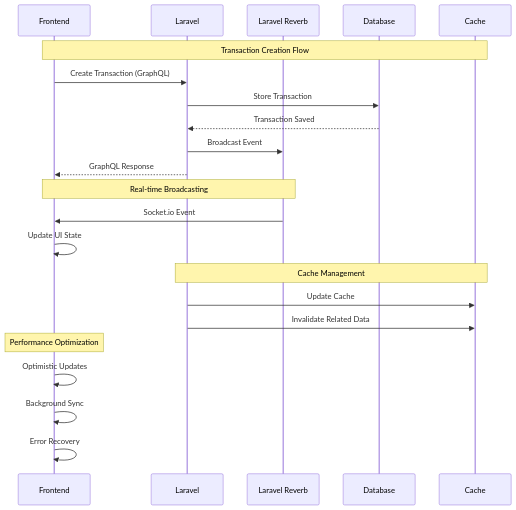
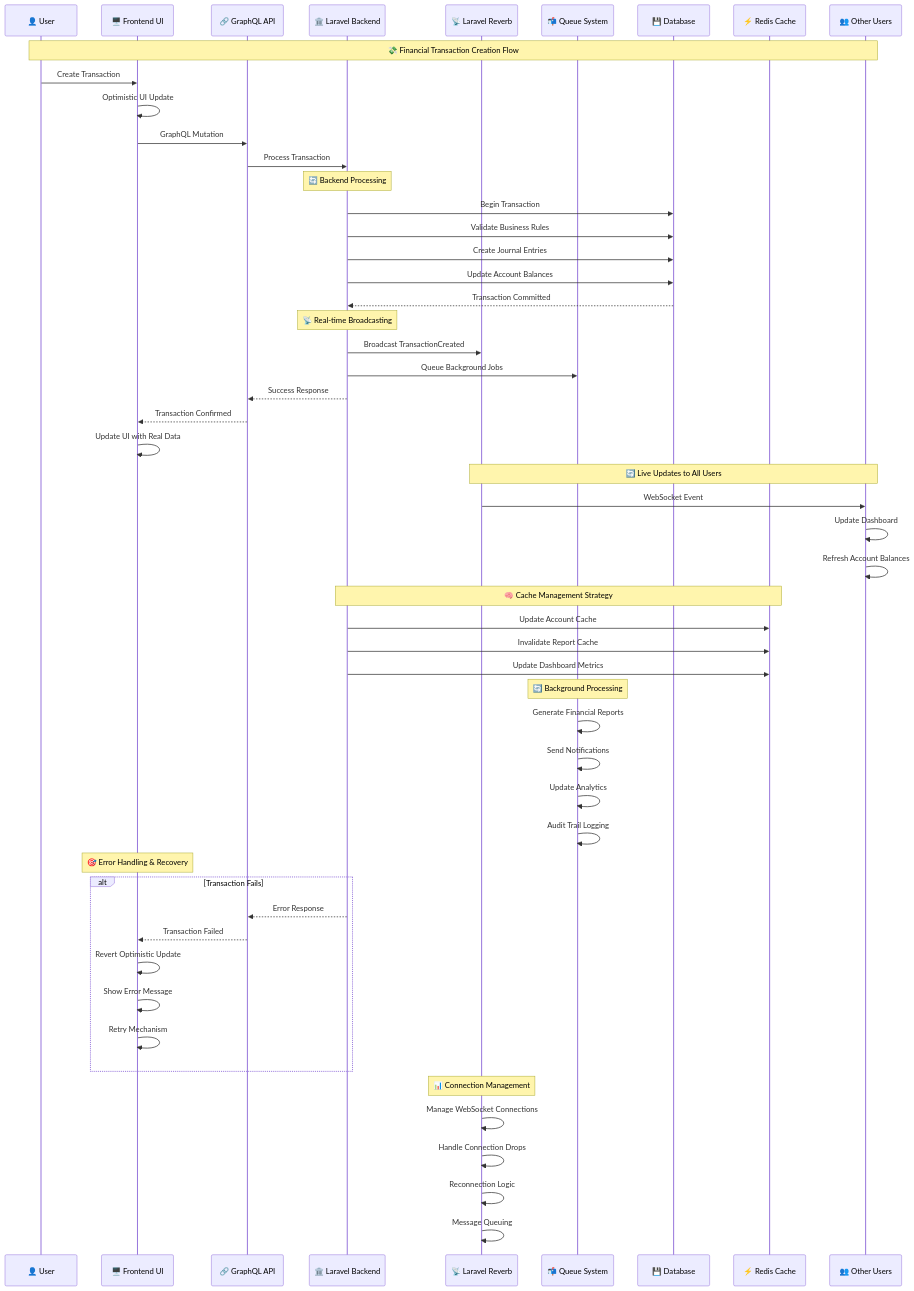
The fourth of 11 diagrams in README.md (abdoElHodaky/larvaccountplatfo), drawn with Mermaid before and after one commit. The commit also changed other lines of this file, not shown here.

````diff
--- a/README.md
+++ b/README.md
@@ -261,28 +413,64 @@
 ```mermaid
 sequenceDiagram
-    participant F as Frontend
-    participant L as Laravel
-    participant R as Laravel Reverb
-    participant D as Database
-    participant C as Cache
+    participant USER as 👤 User
+    participant UI as 🖥️ Frontend UI
+    participant GQL as 🔗 GraphQL API
+    participant LARAVEL as 🏛️ Laravel Backend
+    participant REVERB as 📡 Laravel Reverb
+    participant QUEUE as 📬 Queue System
+    participant DB as 💾 Database
+    participant CACHE as ⚡ Redis Cache
+    participant OTHER_USERS as 👥 Other Users
     
-    Note over F,C: Transaction Creation Flow
-    F->>L: Create Transaction (GraphQL)
-    L->>D: Store Transaction
-    D-->>L: Transaction Saved
-    L->>R: Broadcast Event
-    L-->>F: GraphQL Response
+    Note over USER,OTHER_USERS: 💸 Financial Transaction Creation Flow
     
-    Note over R,F: Real-time Broadcasting
-    R->>F: Socket.io Event
-    F->>F: Update UI State
+    USER->>UI: Create Transaction
+    UI->>UI: Optimistic UI Update
+    UI->>GQL: GraphQL Mutation
+    GQL->>LARAVEL: Process Transaction
     
-    Note over L,C: Cache Management
-    L->>C: Update Cache
-    L->>C: Invalidate Related Data
+    Note over LARAVEL: 🔄 Backend Processing
+    LARAVEL->>DB: Begin Transaction
+    LARAVEL->>DB: Validate Business Rules
+    LARAVEL->>DB: Create Journal Entries
+    LARAVEL->>DB: Update Account Balances
+    DB-->>LARAVEL: Transaction Committed
     
-    Note over F: Performance Optimization
-    F->>F: Optimistic Updates
-    F->>F: Background Sync
-    F->>F: Error Recovery
+    Note over LARAVEL: 📡 Real-time Broadcasting
+    LARAVEL->>REVERB: Broadcast TransactionCreated
+    LARAVEL->>QUEUE: Queue Background Jobs
+    LARAVEL-->>GQL: Success Response
+    GQL-->>UI: Transaction Confirmed
+    UI->>UI: Update UI with Real Data
+    
+    Note over REVERB,OTHER_USERS: 🔄 Live Updates to All Users
+    REVERB->>OTHER_USERS: WebSocket Event
+    OTHER_USERS->>OTHER_USERS: Update Dashboard
+    OTHER_USERS->>OTHER_USERS: Refresh Account Balances
+    
+    Note over LARAVEL,CACHE: 🧠 Cache Management Strategy
+    LARAVEL->>CACHE: Update Account Cache
+    LARAVEL->>CACHE: Invalidate Report Cache
+    LARAVEL->>CACHE: Update Dashboard Metrics
+    
+    Note over QUEUE: 🔄 Background Processing
+    QUEUE->>QUEUE: Generate Financial Reports
+    QUEUE->>QUEUE: Send Notifications
+    QUEUE->>QUEUE: Update Analytics
+    QUEUE->>QUEUE: Audit Trail Logging
+    
+    Note over UI: 🎯 Error Handling & Recovery
+    alt Transaction Fails
+        LARAVEL-->>GQL: Error Response
+        GQL-->>UI: Transaction Failed
+        UI->>UI: Revert Optimistic Update
+        UI->>UI: Show Error Message
+        UI->>UI: Retry Mechanism
+    end
+    
+    Note over REVERB: 📊 Connection Management
+    REVERB->>REVERB: Manage WebSocket Connections
+    REVERB->>REVERB: Handle Connection Drops
+    REVERB->>REVERB: Reconnection Logic
+    REVERB->>REVERB: Message Queuing
 ```
````
